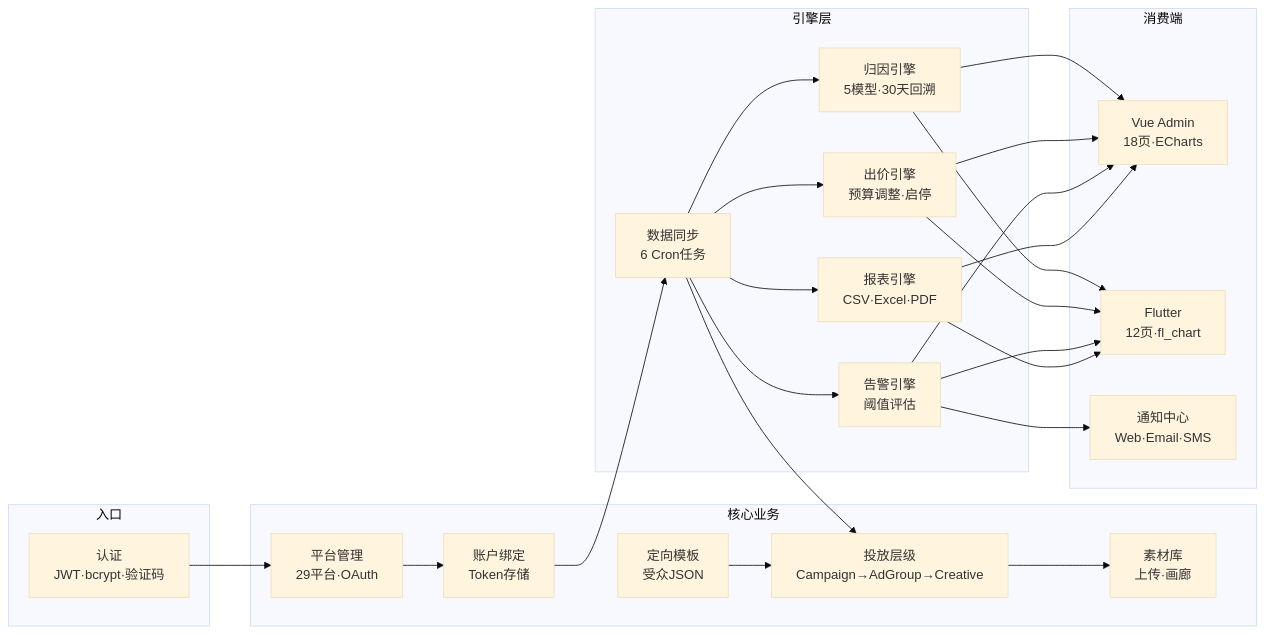
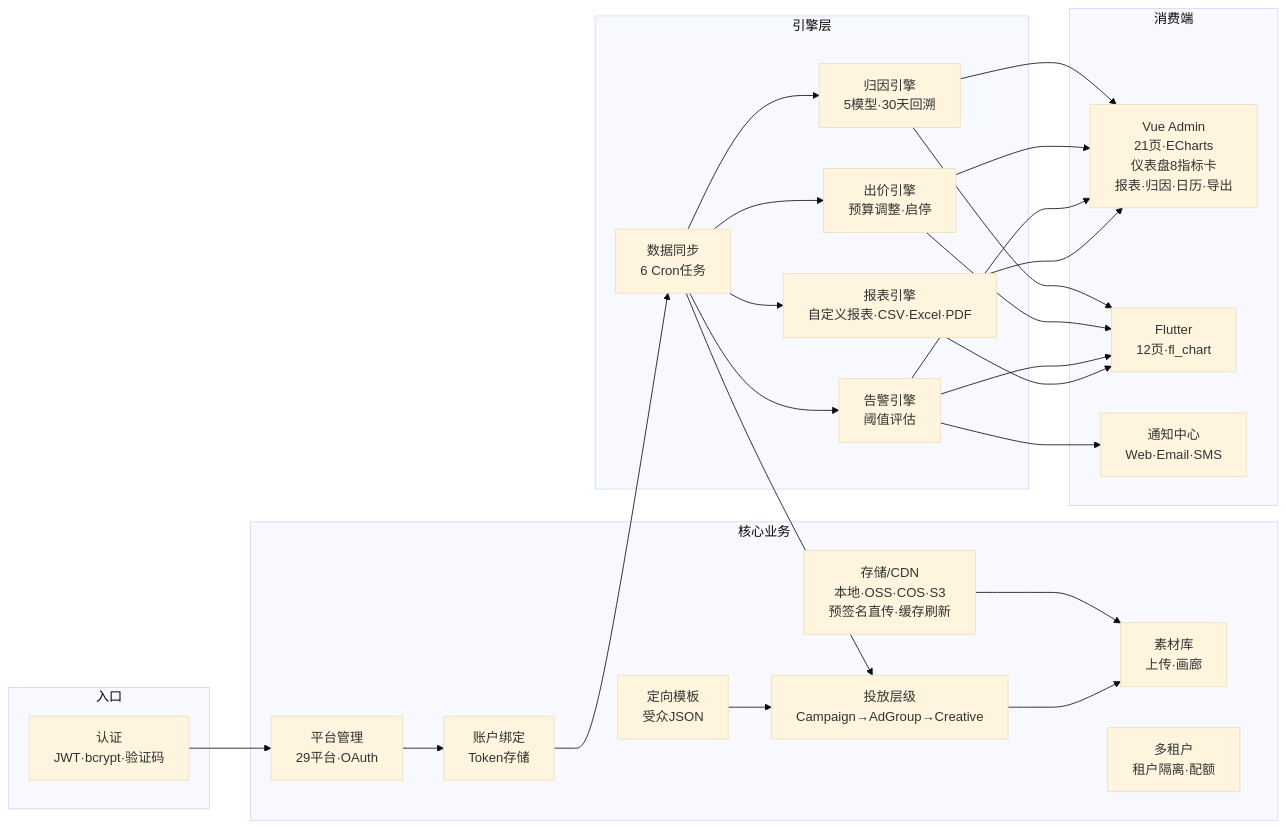
Before and after one commit to erikwang2013/ads-php: the diagram in docs/diagrams/svg/functional-modules.mmd, drawn with Mermaid (base theme). The commit also changed 64 other files, not shown here.

First line of the commit message:
docs(usage): 使用说明文档 ×13 语言 + 功能模块图更新 + README 使用说明链接

```diff
--- a/docs/diagrams/svg/functional-modules.mmd
+++ b/docs/diagrams/svg/functional-modules.mmd
@@ -1,29 +1,32 @@
 graph LR
     subgraph Entry["入口"]
         A1["认证<br/>JWT·bcrypt·验证码"]
     end
     subgraph Core["核心业务"]
         B1["平台管理<br/>29平台·OAuth"]
         B2["账户绑定<br/>Token存储"]
         B3["投放层级<br/>Campaign→AdGroup→Creative"]
         B4["素材库<br/>上传·画廊"]
         B5["定向模板<br/>受众JSON"]
+        B6["存储/CDN<br/>本地·OSS·COS·S3<br/>预签名直传·缓存刷新"]
+        B7["多租户<br/>租户隔离·配额"]
     end
     subgraph Engine["引擎层"]
         C1["数据同步<br/>6 Cron任务"]
-        C2["报表引擎<br/>CSV·Excel·PDF"]
+        C2["报表引擎<br/>自定义报表·CSV·Excel·PDF"]
         C3["告警引擎<br/>阈值评估"]
         C4["出价引擎<br/>预算调整·启停"]
         C5["归因引擎<br/>5模型·30天回溯"]
     end
     subgraph Endpoint["消费端"]
-        D1["Vue Admin<br/>18页·ECharts"]
+        D1["Vue Admin<br/>21页·ECharts<br/>仪表盘8指标卡<br/>报表·归因·日历·导出"]
         D2["Flutter<br/>12页·fl_chart"]
         D3["通知中心<br/>Web·Email·SMS"]
     end
     A1 --> B1 --> B2 --> C1
     C1 --> B3 --> B4
     B5 --> B3
+    B6 --> B4
     C1 --> C2 & C3 & C4 & C5
     C2 & C3 & C4 & C5 --> D1 & D2
     C3 --> D3
```
